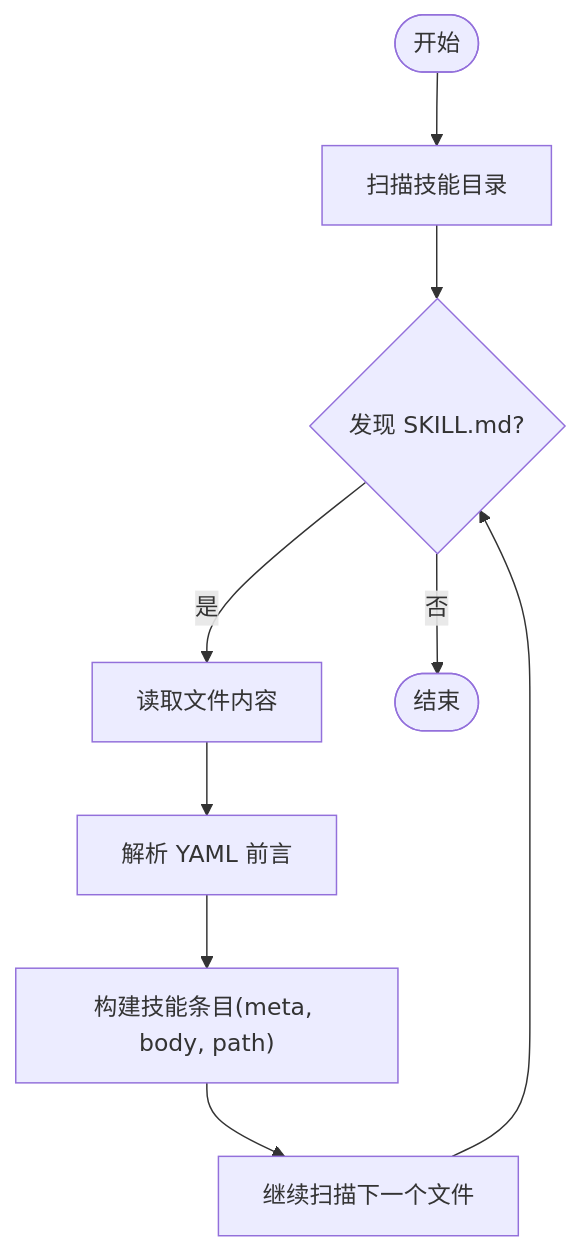
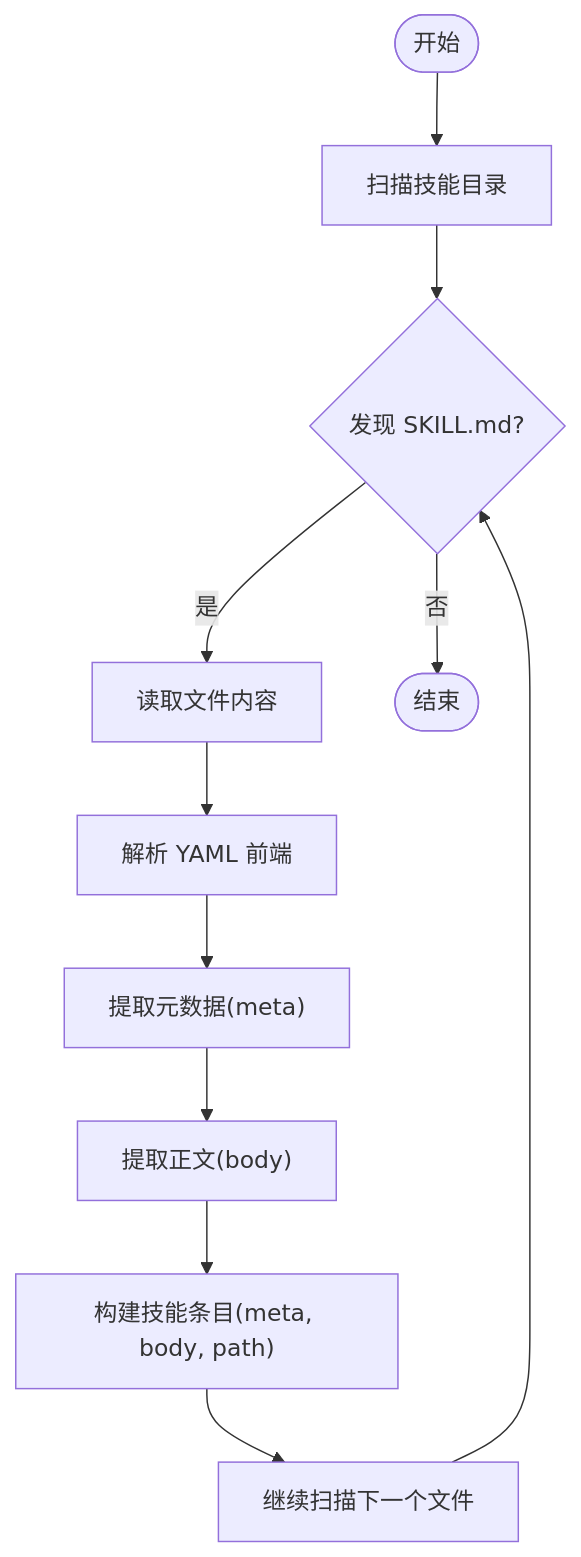
One commit to eurekaYYzero/Mini-Claude-Code changed the fourth of 7 diagrams in .qoder/repowiki/zh/content/核心功能详解/技能加载系统.md. Above: the diagram before and after it, drawn with Mermaid. The commit also changed other lines of this file and 27 other files, not shown here.

````diff
--- a/.qoder/repowiki/zh/content/核心功能详解/技能加载系统.md
+++ b/.qoder/repowiki/zh/content/核心功能详解/技能加载系统.md
@@ -176,11 +216,13 @@
 ```mermaid
 flowchart TD
 Start(["开始"]) --> Scan["扫描技能目录"]
 Scan --> Found{"发现 SKILL.md?"}
 Found --> |是| Read["读取文件内容"]
 Found --> |否| End(["结束"])
-Read --> Parse["解析 YAML 前言"]
-Parse --> Build["构建技能条目(meta, body, path)"]
+Read --> Parse["解析 YAML 前端"]
+Parse --> Extract["提取元数据(meta)"]
+Extract --> Body["提取正文(body)"]
+Body --> Build["构建技能条目(meta, body, path)"]
 Build --> Next["继续扫描下一个文件"]
 Next --> Found
 ```
````
